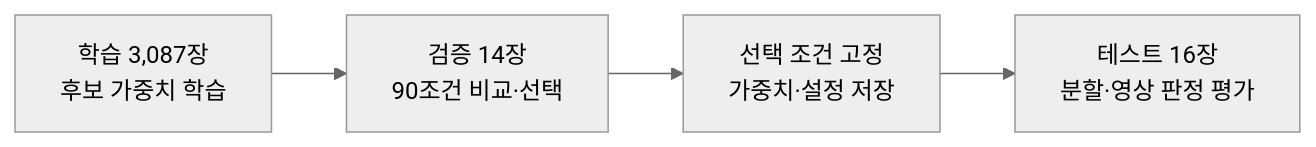
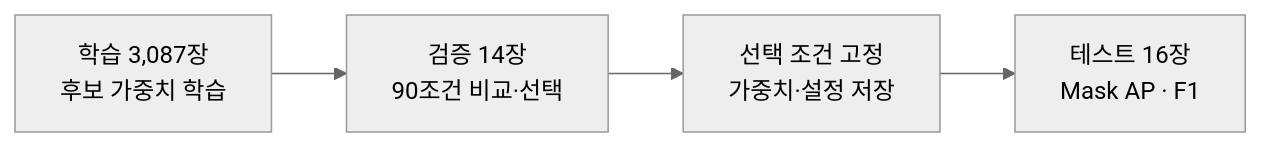
One commit to KyunghoCha/DCU_DeepLearningProgramming_UndergroundDefects changed the first of 2 diagrams in README.md. Above: the diagram before and after it, drawn with Mermaid (neutral theme).

Commit message:
Keep the evaluation diagram label compact

````diff
--- a/README.md
+++ b/README.md
@@ -20,8 +20,8 @@
 ```mermaid
 flowchart LR
     TRAIN["학습 3,087장<br/>후보 가중치 학습"]
     VAL["검증 14장<br/>90조건 비교·선택"]
     FIX["선택 조건 고정<br/>가중치·설정 저장"]
-    TEST["테스트 16장<br/>분할·영상 판정 평가"]
+    TEST["테스트 16장<br/>Mask AP · F1"]
     TRAIN --> VAL --> FIX --> TEST
 ```
````
